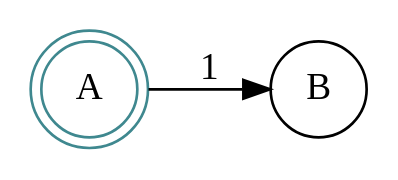
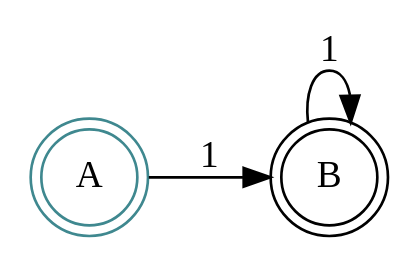
The diagram in Entrega final/NFD_Actual.gv (josepablito16/Regex-Engine), drawn with Graphviz before and after one commit. The commit also changed 5 other files, not shown here.

```diff
--- a/Entrega final/NFD_Actual.gv
+++ b/Entrega final/NFD_Actual.gv
@@ -1,8 +1,10 @@
 digraph finite_state_machine {
 	rankdir=LR size="8,5"
 	node [shape=doublecircle]
 	A
+	B
 	node [shape=circle]
 	A [color="#3F888F"]
 	A -> B [label=1]
+	B -> B [label=1]
 }
```
